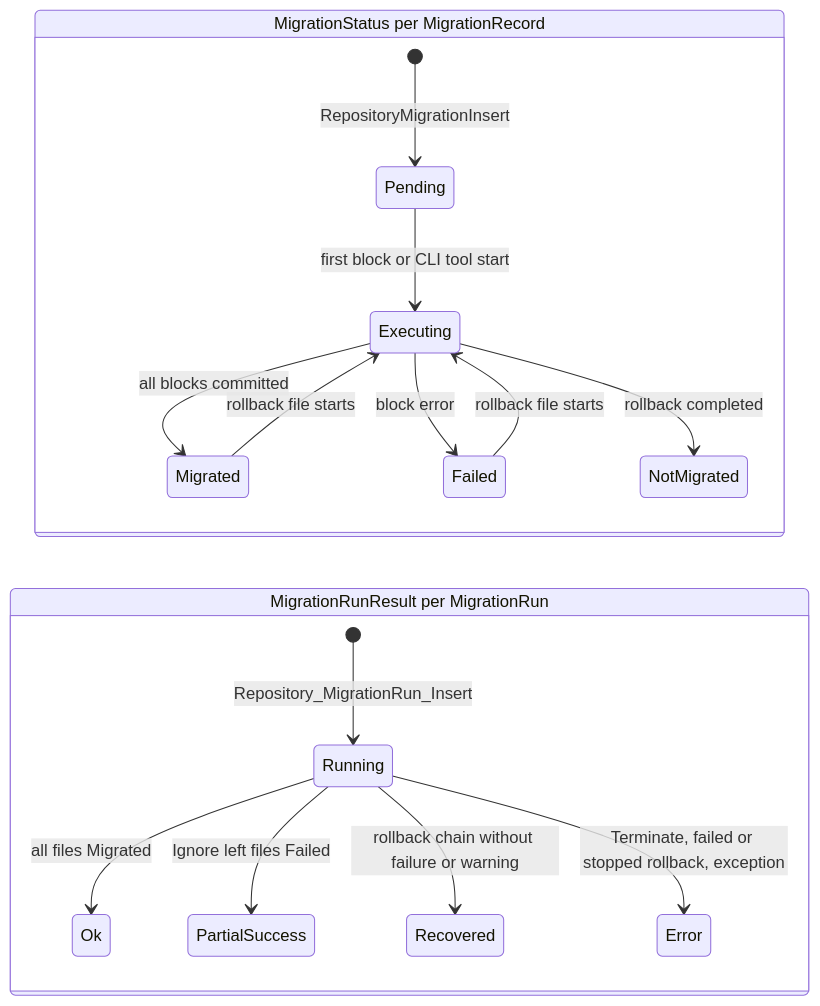
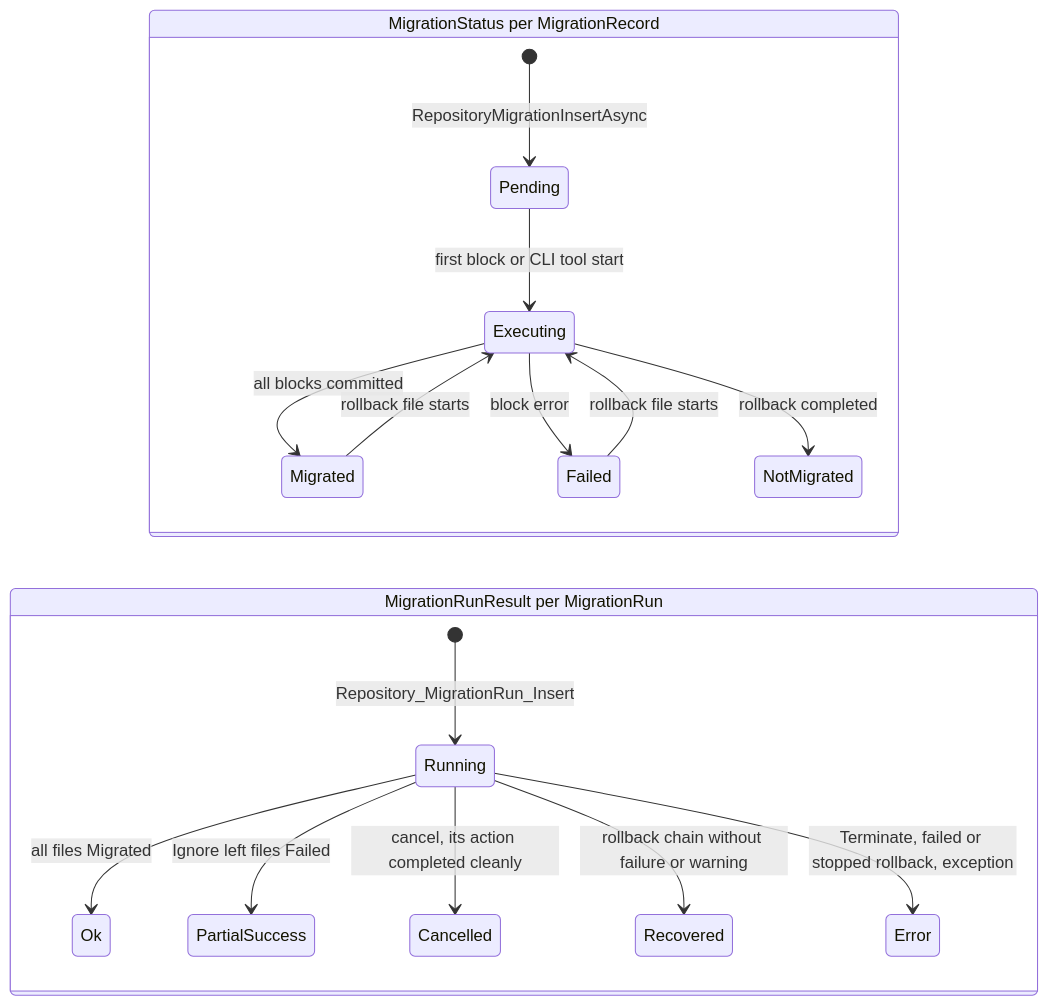
The fourth of 6 diagrams in Docs/arc42/06-Runtime-View.md (RAYCOON/RayMigrator), drawn with Mermaid before and after one commit. The commit also changed other lines of this file and 136 other files, not shown here.

````diff
--- a/Docs/arc42/06-Runtime-View.md
+++ b/Docs/arc42/06-Runtime-View.md
@@ -210,20 +213,21 @@
 ```mermaid
 stateDiagram-v2
     direction LR
     state "MigrationStatus per MigrationRecord" as REC {
-        [*] --> Pending: RepositoryMigrationInsert
+        [*] --> Pending: RepositoryMigrationInsertAsync
         Pending --> Executing: first block or CLI tool start
         Executing --> Migrated: all blocks committed
         Executing --> Failed: block error
         Migrated --> Executing: rollback file starts
         Failed --> Executing: rollback file starts
         Executing --> NotMigrated: rollback completed
     }
     state "MigrationRunResult per MigrationRun" as RUN {
         [*] --> Running: Repository_MigrationRun_Insert
         Running --> Ok: all files Migrated
         Running --> PartialSuccess: Ignore left files Failed
+        Running --> Cancelled: cancel, its action completed cleanly
         Running --> Recovered: rollback chain without failure or warning
         Running --> Error: Terminate, failed or stopped rollback, exception
     }
 ```
````
